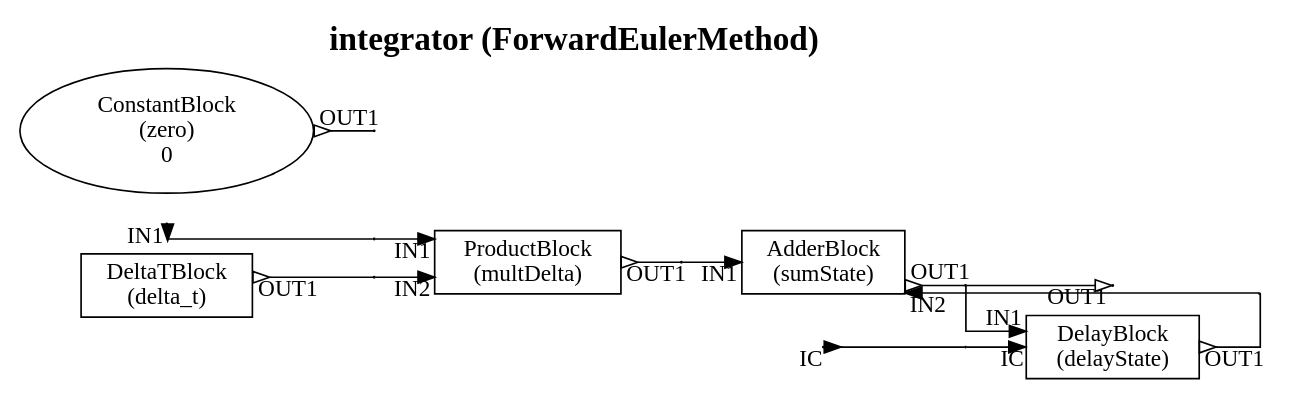
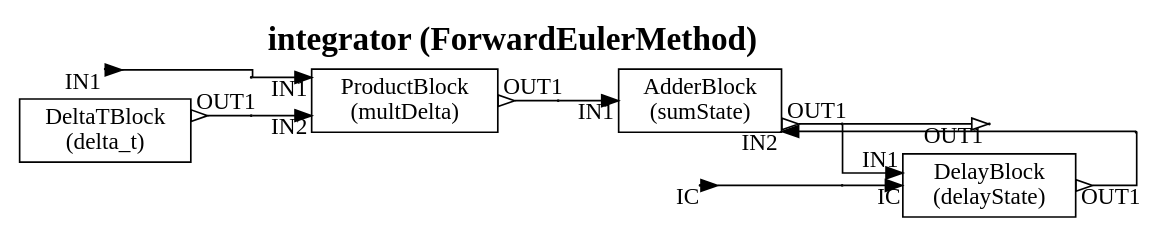
The diagram in resc/IM/ForwardEulerMethod.gv (NickWils98/Mosis3), drawn with Graphviz before and after one commit. The commit also changed 16 other files, not shown here.

```diff
--- a/resc/IM/ForwardEulerMethod.gv
+++ b/resc/IM/ForwardEulerMethod.gv
@@ -1,39 +1,36 @@
 // CBD model of the integrator block
 // Created with CBD.converters.CBDDraw
 digraph model {
  splines=ortho;
  label=<<B>integrator (ForwardEulerMethod)</B>>;
  labelloc="t";
  fontsize=20;
  rankdir="LR";
- node_139806839215728_IN1 [shape=point, width=0.01, height=0.01];
- inter_139806839215728_IN1 [shape=point, width=0.01, height=0.01];
- node_139806839215728_IN1 -> inter_139806839215728_IN1 [taillabel="IN1", arrowhead="none", arrowtail="inv", dir=both];
- node_139806839215728_IC [shape=point, width=0.01, height=0.01];
- inter_139806839215728_IC [shape=point, width=0.01, height=0.01];
- node_139806839215728_IC -> inter_139806839215728_IC [taillabel="IC", arrowhead="none", arrowtail="inv", dir=both];
- node_139806839216448 [label=" ConstantBlock\n(zero)\n0", shape=ellipse];
- inter_139806839216448_OUT1 [shape=point, width=0.01, height=0.01];
- node_139806839216448 -> inter_139806839216448_OUT1 [taillabel="OUT1", arrowtail="oinv", arrowhead="none", dir=both];
- node_139806839216016 [label="DeltaTBlock\n(delta_t)", shape=box];
- inter_139806839216016_OUT1 [shape=point, width=0.01, height=0.01];
- node_139806839216016 -> inter_139806839216016_OUT1 [taillabel="OUT1", arrowtail="oinv", arrowhead="none", dir=both];
- node_139806839215392 [label="ProductBlock\n(multDelta)", shape=box];
- inter_139806839215728_IN1 -> node_139806839215392 [headlabel="IN1", arrowhead="normal", arrowtail="none", dir=both];
- inter_139806839216016_OUT1 -> node_139806839215392 [headlabel="IN2", arrowhead="normal", arrowtail="none", dir=both];
- inter_139806839215392_OUT1 [shape=point, width=0.01, height=0.01];
- node_139806839215392 -> inter_139806839215392_OUT1 [taillabel="OUT1", arrowtail="oinv", arrowhead="none", dir=both];
- node_139806839214960 [label="DelayBlock\n(delayState)", shape=box];
- inter_139806658413040_OUT1 -> node_139806839214960 [headlabel="IN1", arrowhead="normal", arrowtail="none", dir=both];
- inter_139806839215728_IC -> node_139806839214960 [headlabel="IC", arrowhead="normal", arrowtail="none", dir=both];
- inter_139806839214960_OUT1 [shape=point, width=0.01, height=0.01];
- node_139806839214960 -> inter_139806839214960_OUT1 [taillabel="OUT1", arrowtail="oinv", arrowhead="none", dir=both];
- node_139806658413040 [label="AdderBlock\n(sumState)", shape=box];
- inter_139806839215392_OUT1 -> node_139806658413040 [headlabel="IN1", arrowhead="normal", arrowtail="none", dir=both];
- inter_139806839214960_OUT1 -> node_139806658413040 [headlabel="IN2", arrowhead="normal", arrowtail="none", dir=both];
- inter_139806658413040_OUT1 [shape=point, width=0.01, height=0.01];
- node_139806658413040 -> inter_139806658413040_OUT1 [taillabel="OUT1", arrowtail="oinv", arrowhead="none", dir=both];
- node_139806839215728_OUT1 [shape=point, width=0.01, height=0.01];
- inter_139806658413040_OUT1 -> node_139806839215728_OUT1 [headlabel="OUT1", arrowhead="onormal", arrowtail="none", dir=both];
+ node_140455899420320_IN1 [shape=point, width=0.01, height=0.01];
+ inter_140455899420320_IN1 [shape=point, width=0.01, height=0.01];
+ node_140455899420320_IN1 -> inter_140455899420320_IN1 [taillabel="IN1", arrowhead="none", arrowtail="inv", dir=both];
+ node_140455899420320_IC [shape=point, width=0.01, height=0.01];
+ inter_140455899420320_IC [shape=point, width=0.01, height=0.01];
+ node_140455899420320_IC -> inter_140455899420320_IC [taillabel="IC", arrowhead="none", arrowtail="inv", dir=both];
+ node_140455899418832 [label="DeltaTBlock\n(delta_t)", shape=box];
+ inter_140455899418832_OUT1 [shape=point, width=0.01, height=0.01];
+ node_140455899418832 -> inter_140455899418832_OUT1 [taillabel="OUT1", arrowtail="oinv", arrowhead="none", dir=both];
+ node_140455899418976 [label="ProductBlock\n(multDelta)", shape=box];
+ inter_140455899420320_IN1 -> node_140455899418976 [headlabel="IN1", arrowhead="normal", arrowtail="none", dir=both];
+ inter_140455899418832_OUT1 -> node_140455899418976 [headlabel="IN2", arrowhead="normal", arrowtail="none", dir=both];
+ inter_140455899418976_OUT1 [shape=point, width=0.01, height=0.01];
+ node_140455899418976 -> inter_140455899418976_OUT1 [taillabel="OUT1", arrowtail="oinv", arrowhead="none", dir=both];
+ node_140455899419024 [label="DelayBlock\n(delayState)", shape=box];
+ inter_140455899419504_OUT1 -> node_140455899419024 [headlabel="IN1", arrowhead="normal", arrowtail="none", dir=both];
+ inter_140455899420320_IC -> node_140455899419024 [headlabel="IC", arrowhead="normal", arrowtail="none", dir=both];
+ inter_140455899419024_OUT1 [shape=point, width=0.01, height=0.01];
+ node_140455899419024 -> inter_140455899419024_OUT1 [taillabel="OUT1", arrowtail="oinv", arrowhead="none", dir=both];
+ node_140455899419504 [label="AdderBlock\n(sumState)", shape=box];
+ inter_140455899418976_OUT1 -> node_140455899419504 [headlabel="IN1", arrowhead="normal", arrowtail="none", dir=both];
+ inter_140455899419024_OUT1 -> node_140455899419504 [headlabel="IN2", arrowhead="normal", arrowtail="none", dir=both];
+ inter_140455899419504_OUT1 [shape=point, width=0.01, height=0.01];
+ node_140455899419504 -> inter_140455899419504_OUT1 [taillabel="OUT1", arrowtail="oinv", arrowhead="none", dir=both];
+ node_140455899420320_OUT1 [shape=point, width=0.01, height=0.01];
+ inter_140455899419504_OUT1 -> node_140455899420320_OUT1 [headlabel="OUT1", arrowhead="onormal", arrowtail="none", dir=both];
 
 }
```
